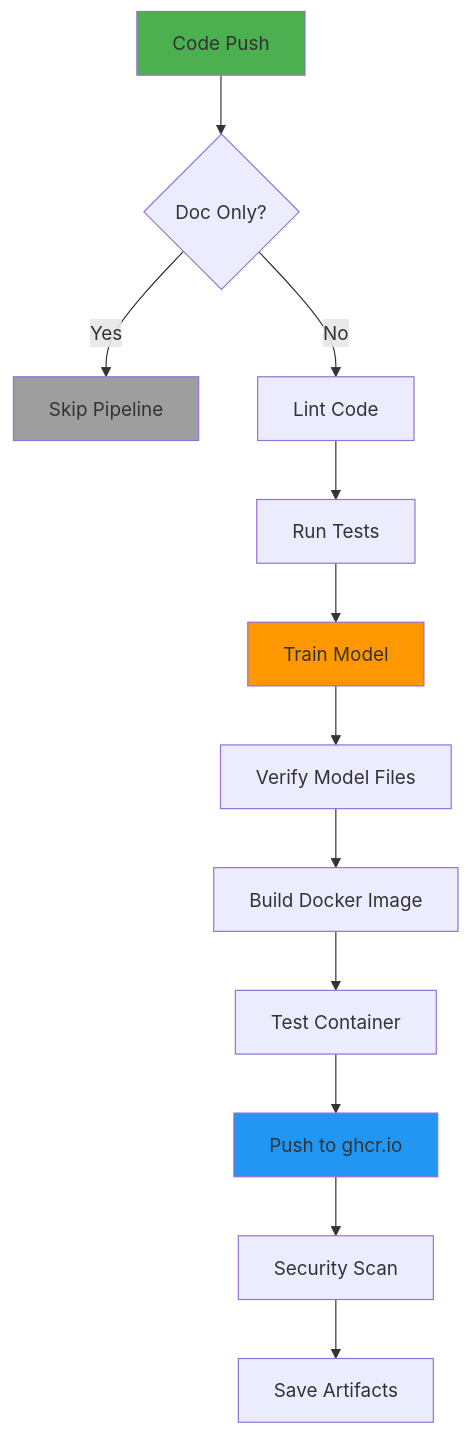
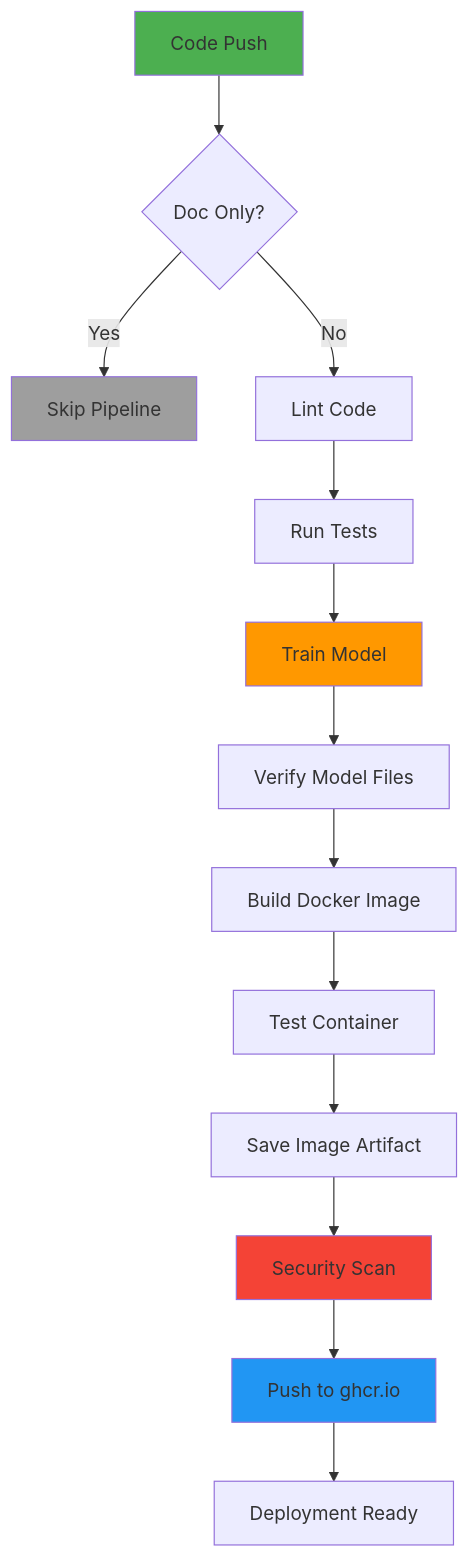
Before and after one commit to 2024ac05841-design/heart-health-classifier: the fifth of 5 diagrams in README.md, drawn with Mermaid. The commit also changed other lines of this file and 3 other files, not shown here.

````diff
--- a/README.md
+++ b/README.md
@@ -750,19 +751,21 @@
 ```mermaid
 graph TB
     A[Code Push] --> B{Doc Only?}
     B -->|Yes| Z[Skip Pipeline]
     B -->|No| C[Lint Code]
     C --> D[Run Tests]
     D --> E[Train Model]
     E --> F[Verify Model Files]
     F --> G[Build Docker Image]
     G --> H[Test Container]
-    H --> I[Push to ghcr.io]
+    H --> I[Save Image Artifact]
     I --> J[Security Scan]
-    J --> K[Save Artifacts]
+    J --> K[Push to ghcr.io]
+    K --> L[Deployment Ready]
     
     style A fill:#4caf50
     style E fill:#ff9800
-    style I fill:#2196f3
+    style J fill:#f44336
+    style K fill:#2196f3
     style Z fill:#9e9e9e
 ```
````
